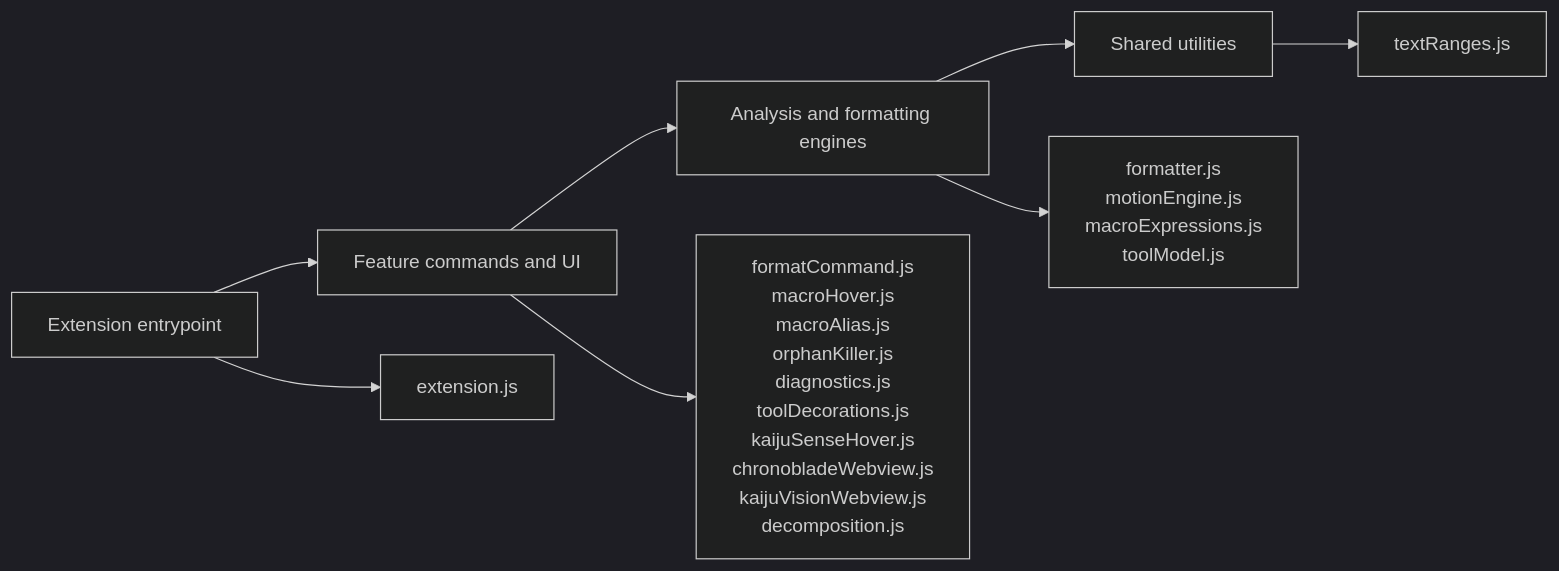
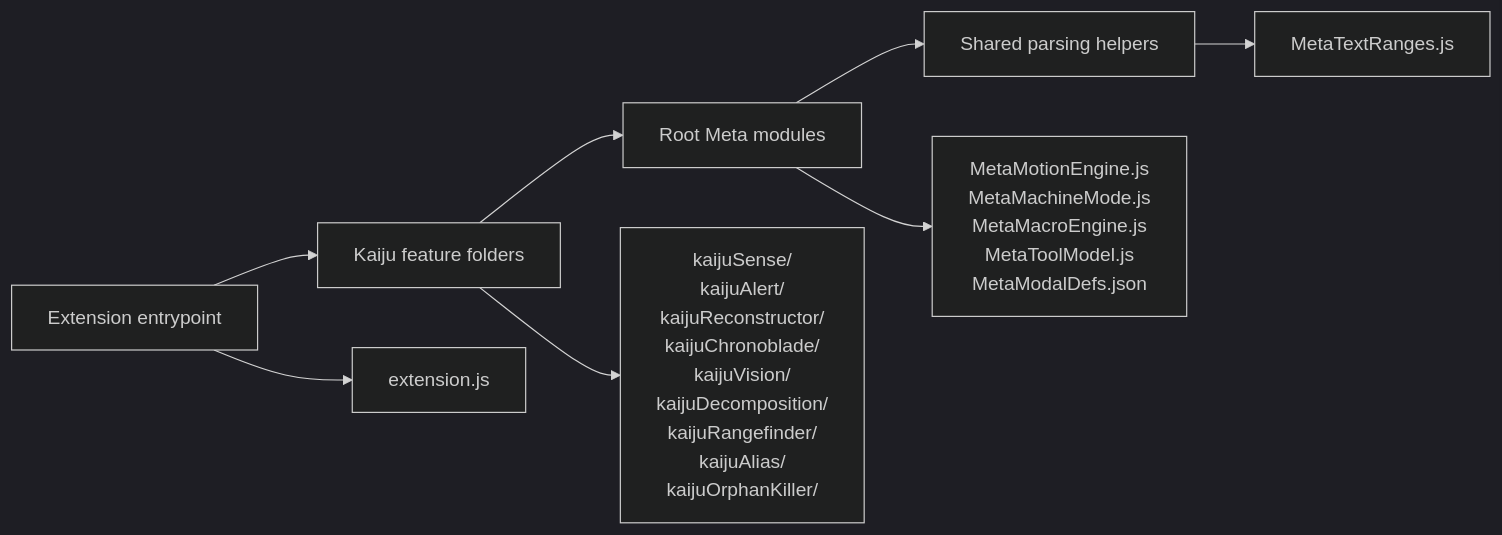
One commit to The-paulster/kaiju.nc changed the second of 2 diagrams in MODULE_DEPENDENCIES.md. Above: the diagram before and after it, drawn with Mermaid (dark theme). The commit also changed other lines of this file and 34 other files, not shown here.

````diff
--- a/MODULE_DEPENDENCIES.md
+++ b/MODULE_DEPENDENCIES.md
@@ -49,16 +79,16 @@
 ```mermaid
 flowchart LR
-	entry[Extension entrypoint] --> features[Feature commands and UI]
-	features --> engines[Analysis and formatting engines]
-	engines --> utilities[Shared utilities]
+	entry[Extension entrypoint] --> features[Kaiju feature folders]
+	features --> meta[Root Meta modules]
+	meta --> utility[Shared parsing helpers]
 
 	entryModules["extension.js"]
-	featureModules["formatCommand.js<br/>macroHover.js<br/>macroAlias.js<br/>orphanKiller.js<br/>diagnostics.js<br/>toolDecorations.js<br/>kaijuSenseHover.js<br/>chronobladeWebview.js<br/>kaijuVisionWebview.js<br/>decomposition.js"]
-	engineModules["formatter.js<br/>motionEngine.js<br/>macroExpressions.js<br/>toolModel.js"]
-	utilityModules["textRanges.js"]
+	featureModules["kaijuSense/<br/>kaijuAlert/<br/>kaijuReconstructor/<br/>kaijuChronoblade/<br/>kaijuVision/<br/>kaijuDecomposition/<br/>kaijuRangefinder/<br/>kaijuAlias/<br/>kaijuOrphanKiller/"]
+	metaModules["MetaMotionEngine.js<br/>MetaMachineMode.js<br/>MetaMacroEngine.js<br/>MetaToolModel.js<br/>MetaModalDefs.json"]
+	utilityModules["MetaTextRanges.js"]
 
 	entry --> entryModules
 	features --> featureModules
-	engines --> engineModules
-	utilities --> utilityModules
+	meta --> metaModules
+	utility --> utilityModules
 ```
````
